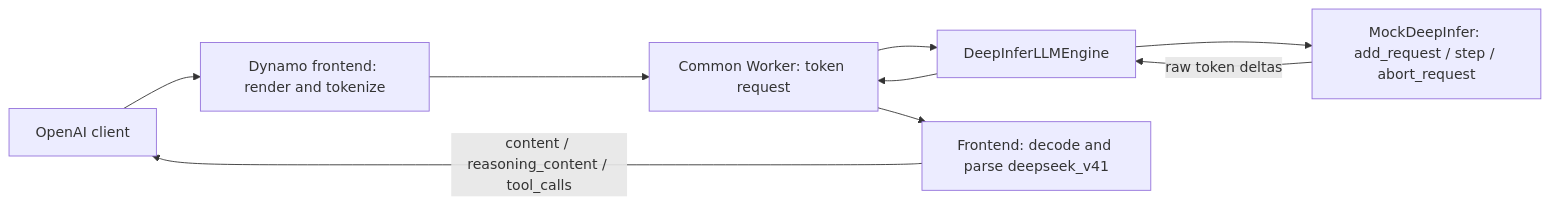
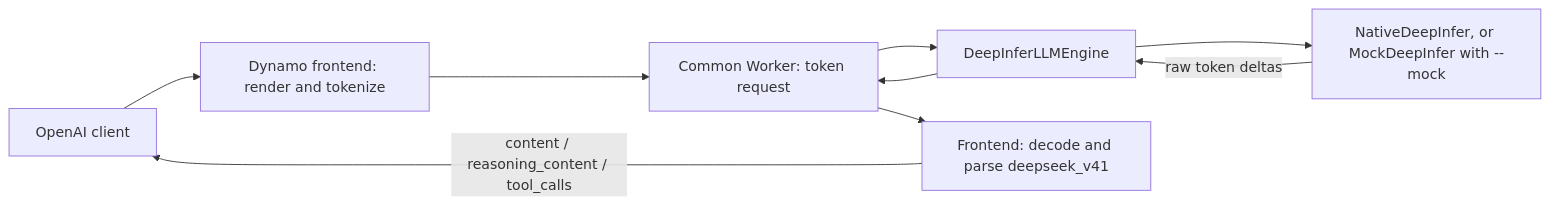
One commit to ai-dynamo/dynamo changed the diagram in examples/backends/deepinfer/README.md. Above: the diagram before and after it, drawn with Mermaid. The commit also changed other lines of this file and 10 other files, not shown here.

````diff
--- a/examples/backends/deepinfer/README.md
+++ b/examples/backends/deepinfer/README.md
@@ -95,11 +143,11 @@
 ```mermaid
 flowchart LR
   C[OpenAI client] --> F[Dynamo frontend: render and tokenize]
   F --> W[Common Worker: token request]
   W --> A[DeepInferLLMEngine]
-  A --> E[MockDeepInfer: add_request / step / abort_request]
+  A --> E[NativeDeepInfer, or MockDeepInfer with --mock]
   E -->|raw token deltas| A
   A --> W
   W --> P[Frontend: decode and parse deepseek_v41]
   P -->|content / reasoning_content / tool_calls| C
 ```
````
